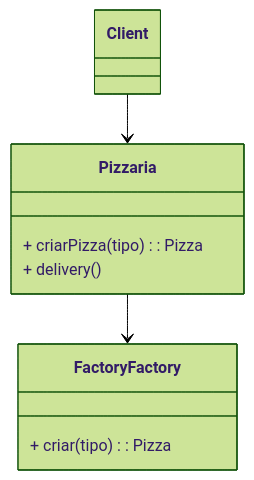
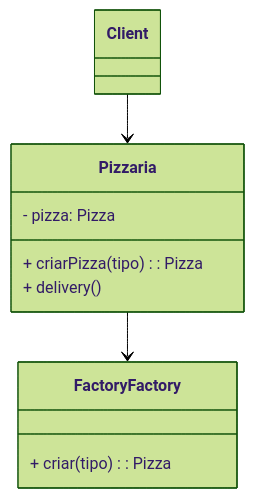
One commit to f290DSM/f290_tp2_desafio_devpizza changed the second of 2 diagrams in README.md. Above: the diagram before and after it, drawn with Mermaid (forest theme).

Commit message:
Ajuste README

````diff
--- a/README.md
+++ b/README.md
@@ -45,17 +45,18 @@
 ```mermaid
     classDiagram
         
         class Client
 
         class FactoryFactory {
             + criar(tipo): Pizza
         }
 
         class Pizzaria {
+            - pizza: Pizza
             + criarPizza(tipo): Pizza
             + delivery()
         }
 
         Client --> Pizzaria
         Pizzaria --> FactoryFactory
 ```
````
